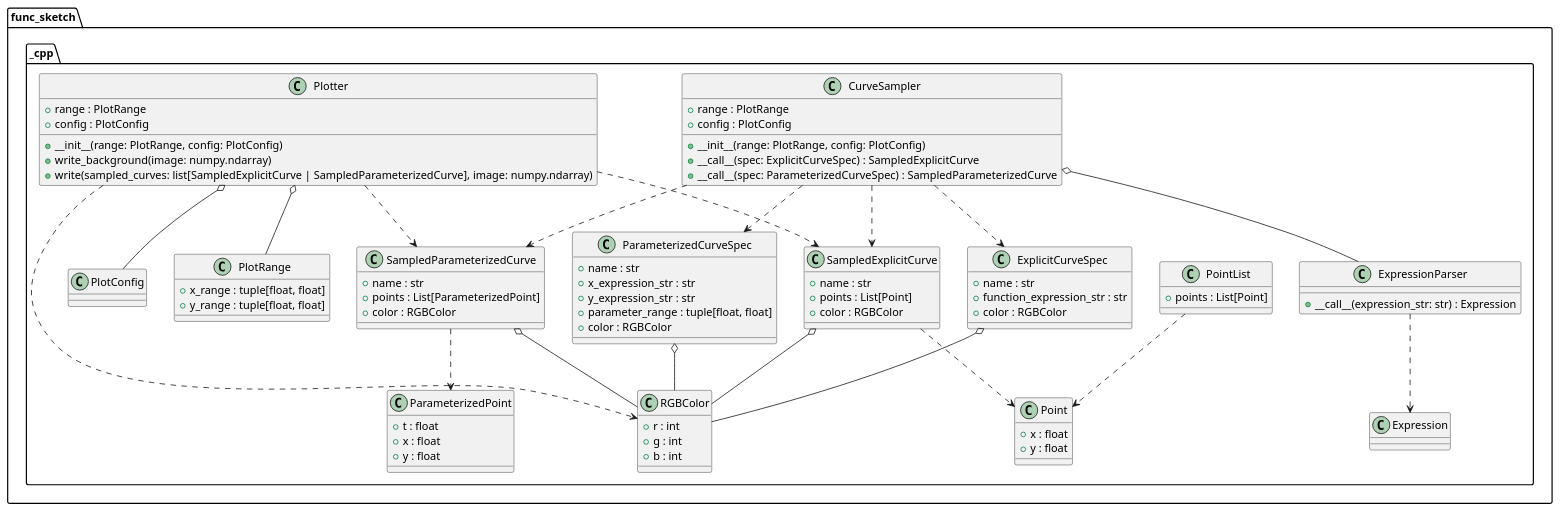
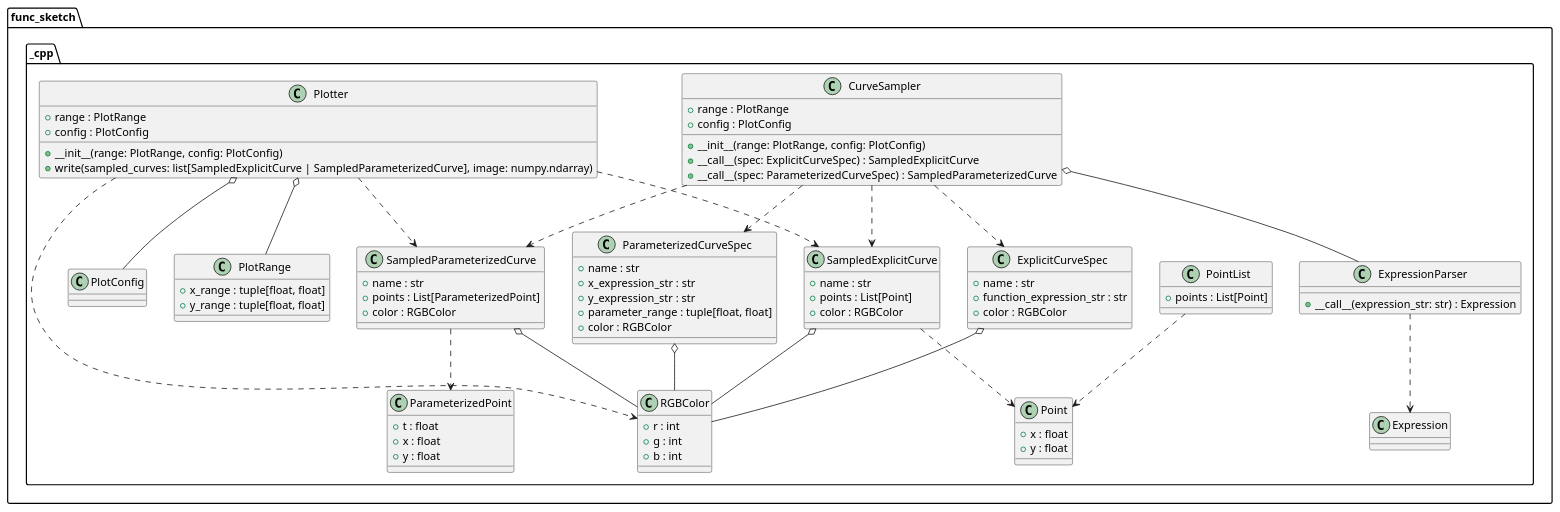
One commit to MusicScience37/FuncSketch changed the diagram in docs/sphinx/design_notes/classes_python.puml. Above: the diagram before and after it, drawn with PlantUML. The commit also changed 8 other files, not shown here.

```diff
--- a/docs/sphinx/design_notes/classes_python.puml
+++ b/docs/sphinx/design_notes/classes_python.puml
@@ -1,101 +1,100 @@
 @startuml classes_python
 
 package func_sketch {
     package _cpp {
         class Expression
 
         class ExpressionParser {
             + __call__(expression_str: str) : Expression
         }
         ExpressionParser ..> Expression
 
         class RGBColor {
             + r : int
             + g : int
             + b : int
         }
 
         class Point {
             + x : float
             + y : float
         }
 
         class ParameterizedPoint {
             + t : float
             + x : float
             + y : float
         }
 
         class PointList {
             + points : List[Point]
         }
         PointList ..> Point
 
         class PlotRange {
             + x_range : tuple[float, float]
             + y_range : tuple[float, float]
         }
 
         class PlotConfig
 
         class ExplicitCurveSpec {
             + name : str
             + function_expression_str : str
             + color : RGBColor
         }
         ExplicitCurveSpec o-- RGBColor
 
         class SampledExplicitCurve {
             + name : str
             + points : List[Point]
             + color : RGBColor
         }
         SampledExplicitCurve ..> Point
         SampledExplicitCurve o-- RGBColor
 
         class ParameterizedCurveSpec {
             + name : str
             + x_expression_str : str
             + y_expression_str : str
             + parameter_range : tuple[float, float]
             + color : RGBColor
         }
         ParameterizedCurveSpec o-- RGBColor
 
         class SampledParameterizedCurve {
             + name : str
             + points : List[ParameterizedPoint]
             + color : RGBColor
         }
         SampledParameterizedCurve ..> ParameterizedPoint
         SampledParameterizedCurve o-- RGBColor
 
         class CurveSampler {
             + __init__(range: PlotRange, config: PlotConfig)
             + range : PlotRange
             + config : PlotConfig
             + __call__(spec: ExplicitCurveSpec) : SampledExplicitCurve
             + __call__(spec: ParameterizedCurveSpec) : SampledParameterizedCurve
         }
         CurveSampler o-- ExpressionParser
         CurveSampler ..> ExplicitCurveSpec
         CurveSampler ..> SampledExplicitCurve
         CurveSampler ..> ParameterizedCurveSpec
         CurveSampler ..> SampledParameterizedCurve
 
         class Plotter {
             + __init__(range: PlotRange, config: PlotConfig)
             + range : PlotRange
             + config : PlotConfig
-            + write_background(image: numpy.ndarray)
             + write(sampled_curves: list[SampledExplicitCurve | SampledParameterizedCurve], image: numpy.ndarray)
         }
         Plotter o-- PlotRange
         Plotter o-- PlotConfig
         Plotter ..> SampledExplicitCurve
         Plotter ..> SampledParameterizedCurve
         Plotter ..> RGBColor
     }
 }
 
 @enduml
```
